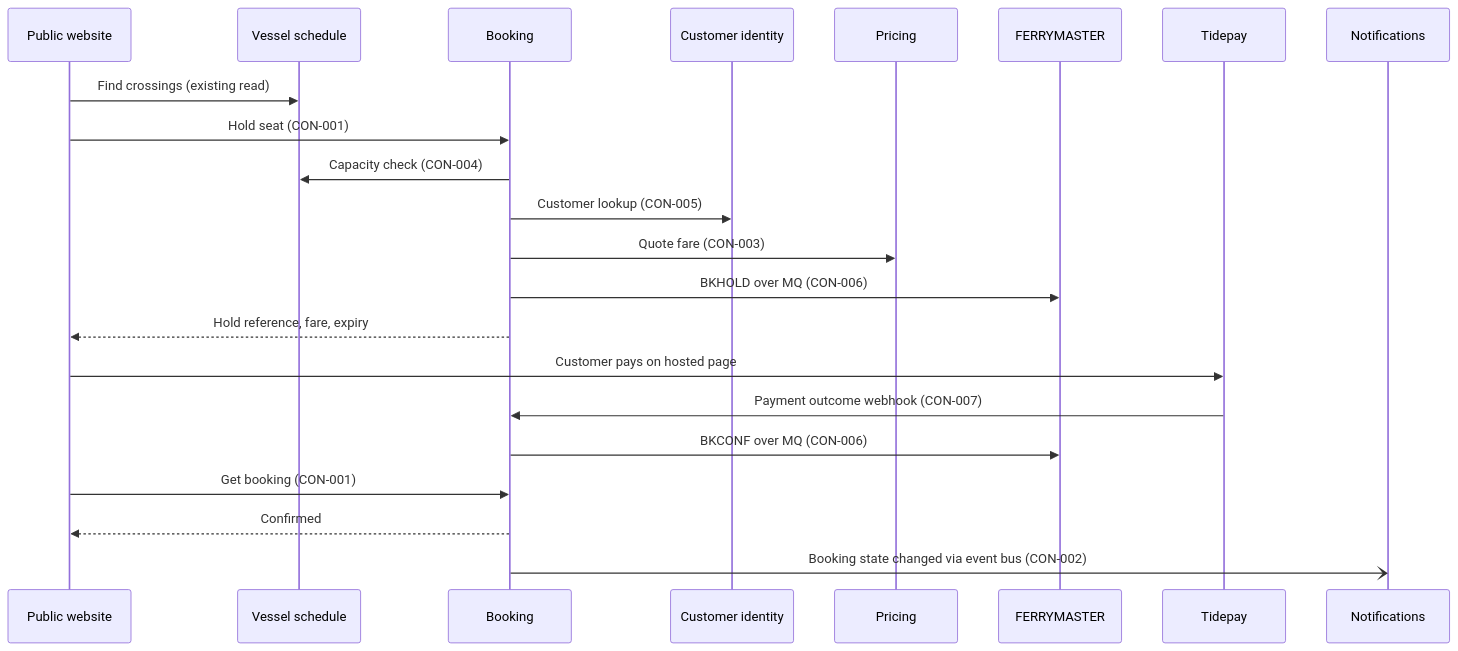
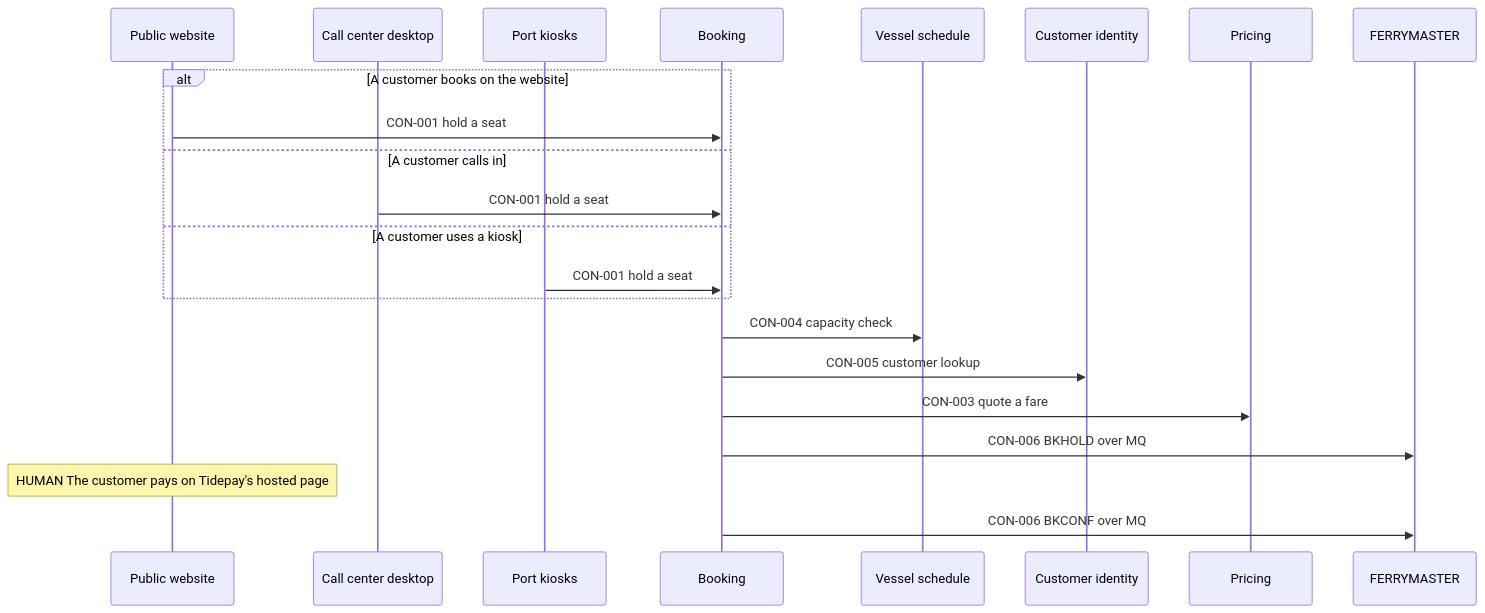
The diagram in examples/unified-booking/06-runtime/flows/FLO-001-hold-pay-confirm.md (smalls257/vela), drawn with Mermaid before and after one commit. The commit also changed other lines of this file and 11 other files, not shown here.

First line of the commit message:
Example hold flow has three starts: website, call center, kiosk

````diff
--- a/examples/unified-booking/06-runtime/flows/FLO-001-hold-pay-confirm.md
+++ b/examples/unified-booking/06-runtime/flows/FLO-001-hold-pay-confirm.md
@@ -28,24 +30,24 @@
 ```mermaid
 sequenceDiagram
     participant W as Public website
+    participant D as Call center desktop
+    participant K as Port kiosks
+    participant B as Booking
     participant VS as Vessel schedule
-    participant B as Booking
     participant CI as Customer identity
     participant P as Pricing
     participant FM as FERRYMASTER
-    participant T as Tidepay
-    participant N as Notifications
-    W->>VS: Find crossings (existing read)
-    W->>B: Hold seat (CON-001)
-    B->>VS: Capacity check (CON-004)
-    B->>CI: Customer lookup (CON-005)
-    B->>P: Quote fare (CON-003)
-    B->>FM: BKHOLD over MQ (CON-006)
-    B-->>W: Hold reference, fare, expiry
-    W->>T: Customer pays on hosted page
-    T->>B: Payment outcome webhook (CON-007)
-    B->>FM: BKCONF over MQ (CON-006)
-    W->>B: Get booking (CON-001)
-    B-->>W: Confirmed
-    B-)N: Booking state changed via event bus (CON-002)
+    alt A customer books on the website
+        W->>B: CON-001 hold a seat
+    else A customer calls in
+        D->>B: CON-001 hold a seat
+    else A customer uses a kiosk
+        K->>B: CON-001 hold a seat
+    end
+    B->>VS: CON-004 capacity check
+    B->>CI: CON-005 customer lookup
+    B->>P: CON-003 quote a fare
+    B->>FM: CON-006 BKHOLD over MQ
+    Note over W: HUMAN The customer pays on Tidepay's hosted page
+    B->>FM: CON-006 BKCONF over MQ
 ```
````
